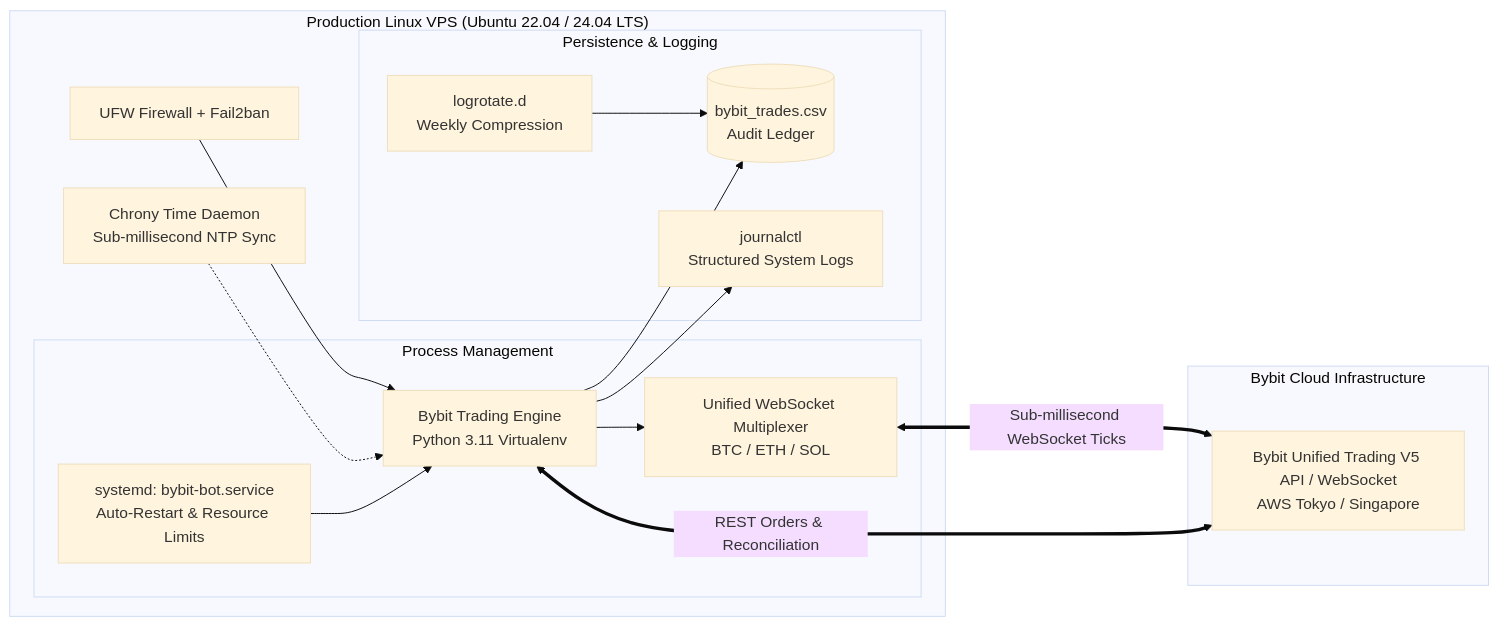
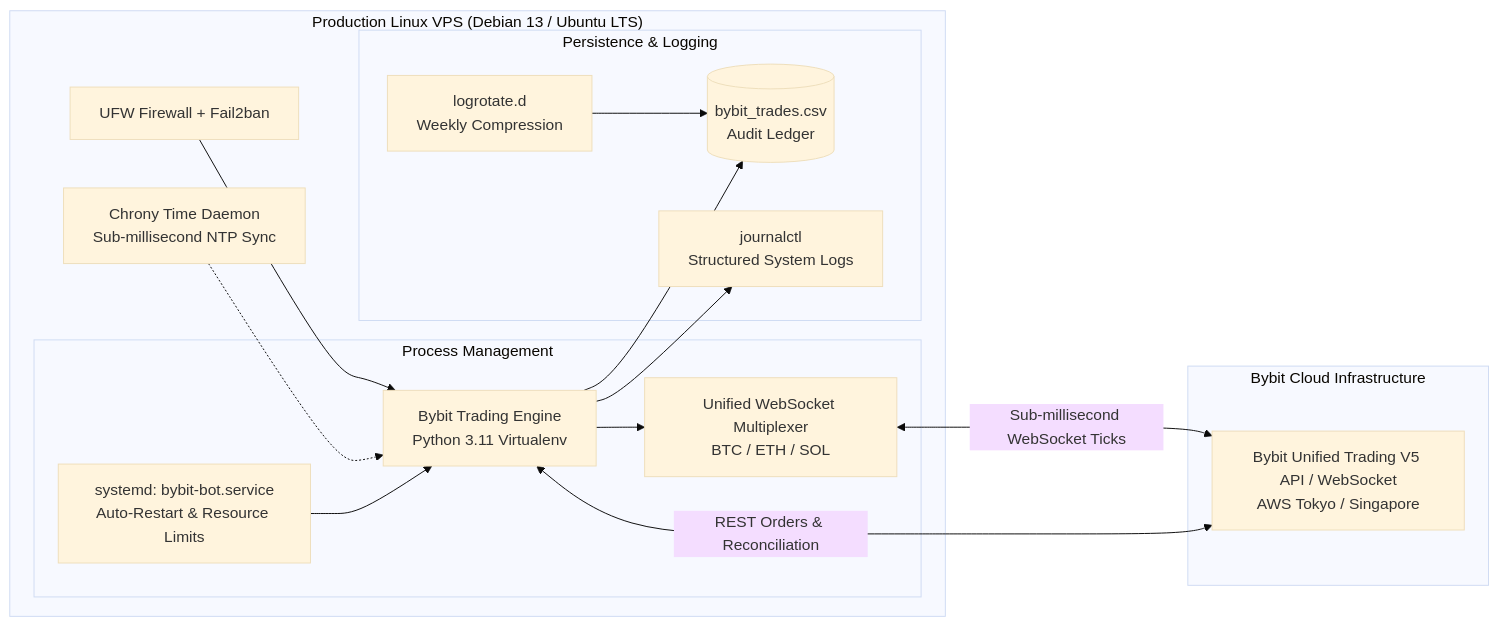
One commit to 0x7sec/hyper-hedge changed the second of 2 diagrams in README.md. Above: the diagram before and after it, drawn with Mermaid (base theme). The commit also changed other lines of this file, not shown here.

Commit message:
docs(readme): fix GitHub mermaid diagram syntax errors and quote node labels

````diff
--- a/README.md
+++ b/README.md
@@ -843,33 +843,33 @@
 ```mermaid
 graph LR
-    subgraph "Bybit Cloud Infrastructure"
-        BybitAPI[Bybit Unified Trading V5 API / WebSocket<br>AWS Tokyo / Singapore]
+    subgraph bybit_cloud ["Bybit Cloud Infrastructure"]
+        BybitAPI["Bybit Unified Trading V5 API / WebSocket<br>AWS Tokyo / Singapore"]
     end
 
-    subgraph "Production Linux VPS (Ubuntu 22.04 / 24.04 LTS)"
-        UFW[UFW Firewall + Fail2ban]
-        Chrony[Chrony Time Daemon<br>Sub-millisecond NTP Sync]
+    subgraph linux_vps ["Production Linux VPS (Debian 13 / Ubuntu LTS)"]
+        UFW["UFW Firewall + Fail2ban"]
+        Chrony["Chrony Time Daemon<br>Sub-millisecond NTP Sync"]
         
-        subgraph "Process Management"
-            Systemd[systemd: bybit-bot.service<br>Auto-Restart & Resource Limits]
-            Engine[Bybit Trading Engine<br>Python 3.11 Virtualenv]
-            WS[Unified WebSocket Multiplexer<br>BTC / ETH / SOL]
+        subgraph process_mgmt ["Process Management"]
+            Systemd["systemd: bybit-bot.service<br>Auto-Restart & Resource Limits"]
+            Engine["Bybit Trading Engine<br>Python 3.11 Virtualenv"]
+            WS["Unified WebSocket Multiplexer<br>BTC / ETH / SOL"]
         end
         
-        subgraph "Persistence & Logging"
-            CSV[(bybit_trades.csv<br>Audit Ledger)]
-            Logrotate[logrotate.d<br>Weekly Compression]
-            Journal[journalctl<br>Structured System Logs]
+        subgraph persistence_logging ["Persistence & Logging"]
+            CSV[("bybit_trades.csv<br>Audit Ledger")]
+            Logrotate["logrotate.d<br>Weekly Compression"]
+            Journal["journalctl<br>Structured System Logs"]
         end
     end
 
     UFW --> Engine
     Chrony -.-> Engine
     Systemd --> Engine
     Engine --> WS
     Engine --> CSV
     Engine --> Journal
     Logrotate --> CSV
-    WS <==>|Sub-millisecond WebSocket Ticks| BybitAPI
-    Engine <==>|REST Orders & Reconciliation| BybitAPI
+    WS <-->|"Sub-millisecond WebSocket Ticks"| BybitAPI
+    Engine <-->|"REST Orders & Reconciliation"| BybitAPI
 ```
````
